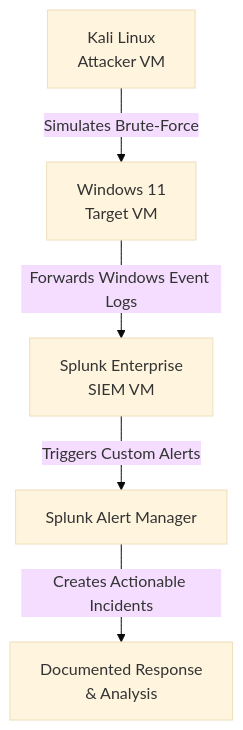
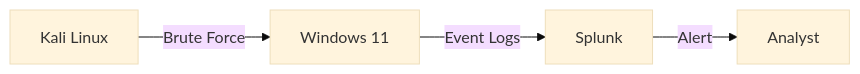
Before and after one commit to denis541/ICT-Infrastructure-Monitoring-Splunk: the diagram in README.md, drawn with Mermaid (base theme).

````diff
--- a/README.md
+++ b/README.md
@@ -46,7 +46,6 @@
 ```mermaid
-graph TD
-    A[Kali Linux<br/>Attacker VM] -->|Simulates Brute-Force| B[Windows 11<br/>Target VM]
-    B -->|Forwards Windows Event Logs| C[Splunk Enterprise<br/>SIEM VM]
-    C -->|Triggers Custom Alerts| D[Splunk Alert Manager]
-    D -->|Creates Actionable Incidents| E[Documented Response<br/>& Analysis]
+graph LR
+    A[Kali Linux] -->|Brute Force| B[Windows 11]
+    B -->|Event Logs| C[Splunk]
+    C -->|Alert| D[Analyst]
 ```
````
